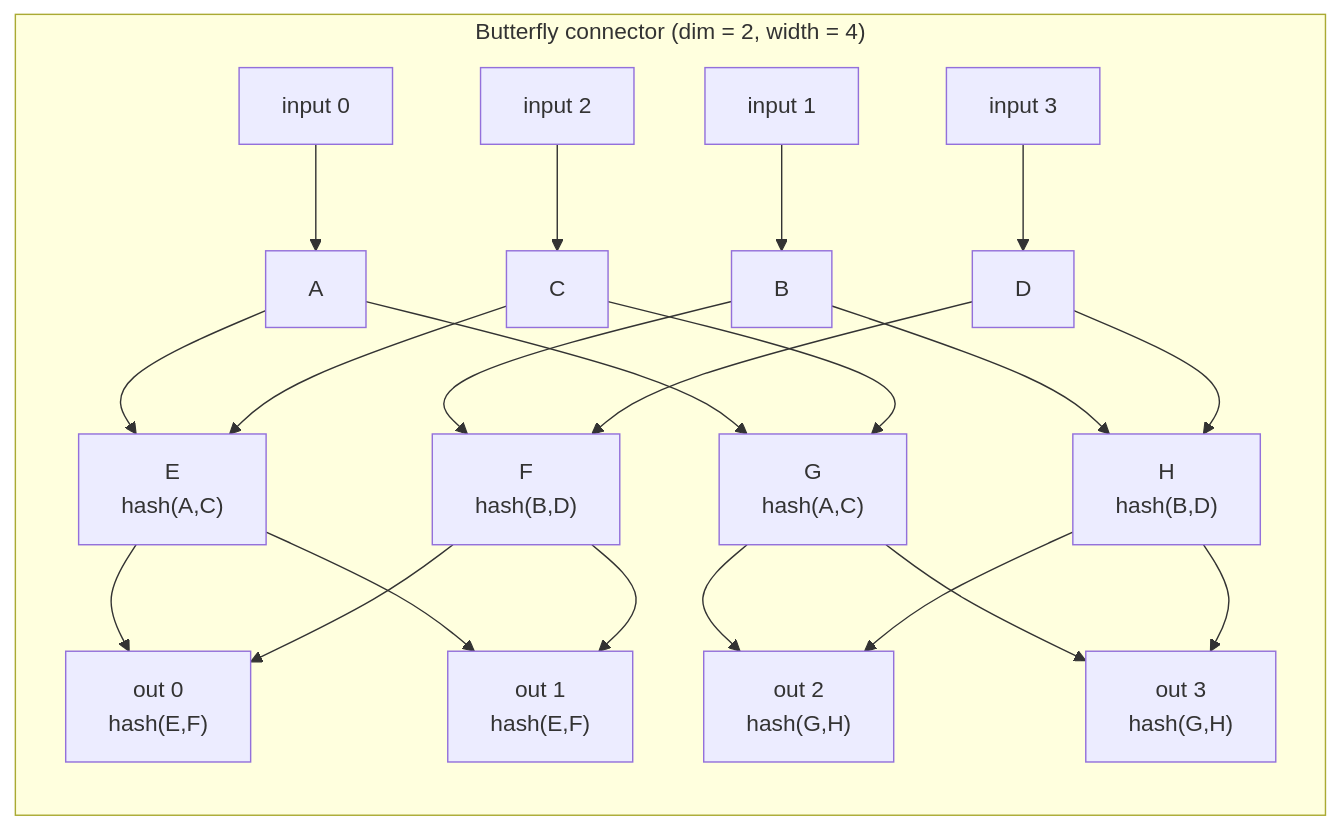
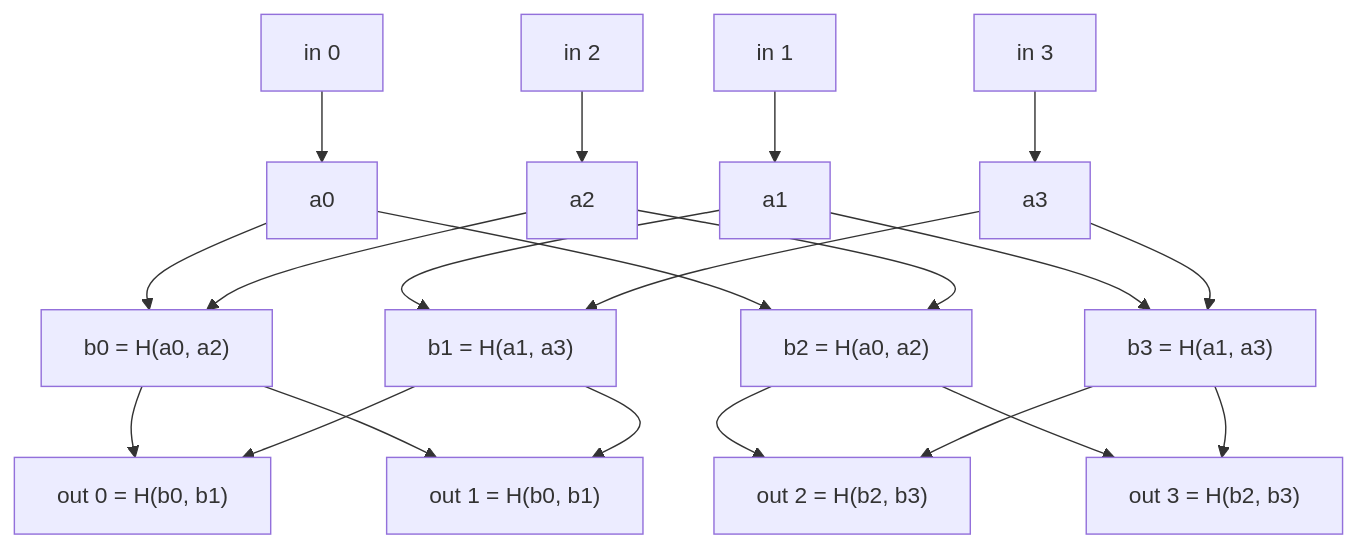
One commit to Amodo-Design/PoSE-Memory-Wiping changed the first of 4 diagrams in docs/labeling-explained.md. Above: the diagram before and after it, drawn with Mermaid. The commit also changed other lines of this file and 276 other files, not shown here.

````diff
--- a/docs/labeling-explained.md
+++ b/docs/labeling-explained.md
@@ -122,25 +156,25 @@
 ```mermaid
 flowchart TD
-    subgraph "Butterfly connector (dim = 2, width = 4)"
-        direction TB
-        I0["input 0"] & I1["input 1"] & I2["input 2"] & I3["input 3"]
+    I0["in 0"] --> A0["a0"]
+    I1["in 1"] --> A1["a1"]
+    I2["in 2"] --> A2["a2"]
+    I3["in 3"] --> A3["a3"]
 
-        A0["A"] & A1["B"] & A2["C"] & A3["D"]
-        I0 --> A0
-        I1 --> A1
-        I2 --> A2
-        I3 --> A3
+    A0 --> B0["b0 = H(a0, a2)"]
+    A2 --> B0
+    A1 --> B1["b1 = H(a1, a3)"]
+    A3 --> B1
+    A0 --> B2["b2 = H(a0, a2)"]
+    A2 --> B2
+    A1 --> B3["b3 = H(a1, a3)"]
+    A3 --> B3
 
-        B0["E\nhash(A,C)"] & B1["F\nhash(B,D)"] & B2["G\nhash(A,C)"] & B3["H\nhash(B,D)"]
-        A0 --> B0 & B2
-        A1 --> B1 & B3
-        A2 --> B0 & B2
-        A3 --> B1 & B3
-
-        C0["out 0\nhash(E,F)"] & C1["out 1\nhash(E,F)"] & C2["out 2\nhash(G,H)"] & C3["out 3\nhash(G,H)"]
-        B0 --> C0 & C1
-        B1 --> C0 & C1
-        B2 --> C2 & C3
-        B3 --> C2 & C3
-    end
+    B0 --> C0["out 0 = H(b0, b1)"]
+    B1 --> C0
+    B0 --> C1["out 1 = H(b0, b1)"]
+    B1 --> C1
+    B2 --> C2["out 2 = H(b2, b3)"]
+    B3 --> C2
+    B2 --> C3["out 3 = H(b2, b3)"]
+    B3 --> C3
 ```
````
